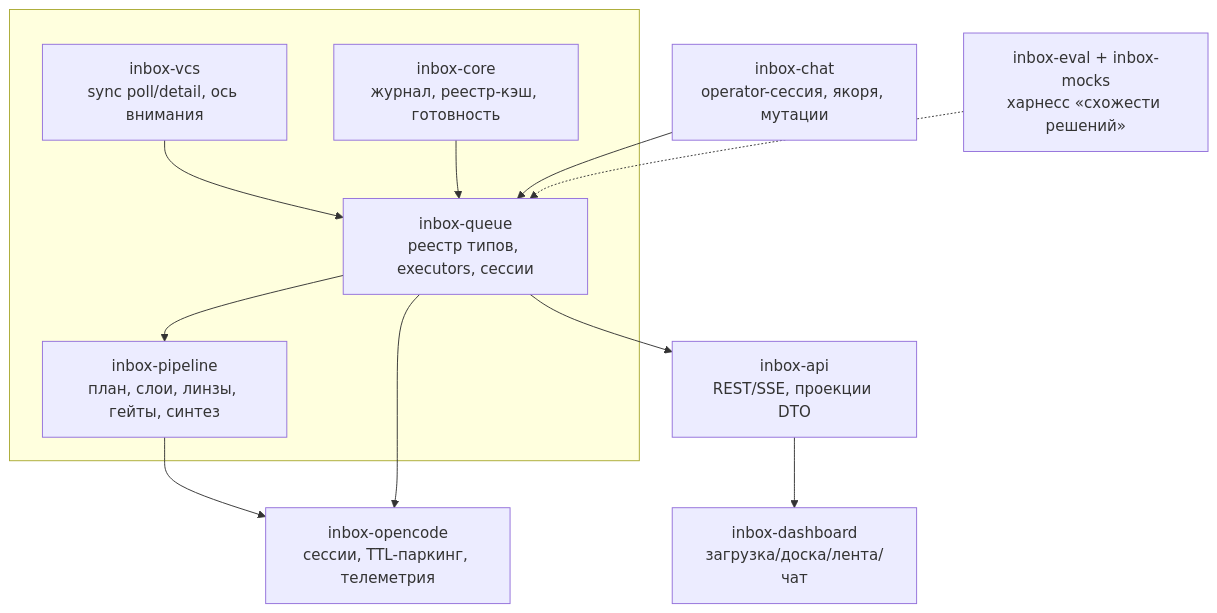
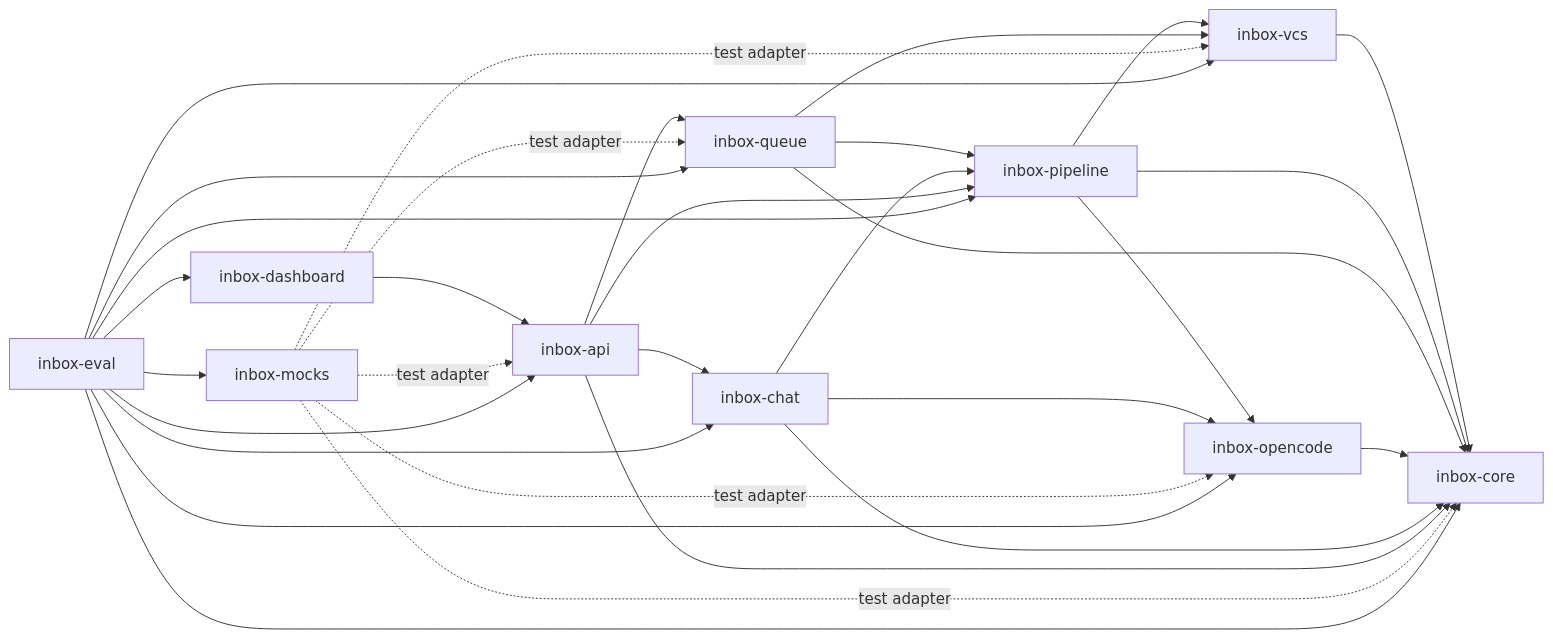
The second of 2 diagrams in specs/agent-inbox/agent-inbox.spec.md (RubaXa/gennady), drawn with Mermaid before and after one commit. The commit also changed other lines of this file and 27 other files, not shown here.

Commit message:
spec(agent-inbox): align reviewer assistant v0

````diff
--- a/specs/agent-inbox/agent-inbox.spec.md
+++ b/specs/agent-inbox/agent-inbox.spec.md
@@ -224,22 +531,33 @@
 ```mermaid
-flowchart TD
-  subgraph core[" "]
-    CORE[inbox-core<br/>журнал, реестр-кэш, готовность]
-    VCS[inbox-vcs<br/>sync poll/detail, ось внимания]
-    QUE[inbox-queue<br/>реестр типов, executors, сессии]
-    PIP[inbox-pipeline<br/>план, слои, линзы, гейты, синтез]
-  end
-  OC[inbox-opencode<br/>сессии, TTL-паркинг, телеметрия]
-  CHAT[inbox-chat<br/>operator-сессия, якоря, мутации]
-  API[inbox-api<br/>REST/SSE, проекции DTO]
-  UI[inbox-dashboard<br/>загрузка/доска/лента/чат]
-  EVAL[inbox-eval + inbox-mocks<br/>харнесс «схожести решений»]
-  VCS --> QUE --> PIP
-  CORE --> QUE
-  PIP --> OC
-  QUE --> OC
-  QUE --> API
-  CHAT --> QUE
-  API --> UI
-  EVAL -.-> QUE
+flowchart LR
+  VCS[inbox-vcs] --> Core[inbox-core]
+  Pipeline[inbox-pipeline] --> Core
+  Pipeline --> VCS
+  Pipeline --> Agent[inbox-opencode]
+  Queue[inbox-queue] --> Pipeline
+  Queue --> Core
+  Queue --> VCS
+  Agent --> Core
+  Chat[inbox-chat] --> Core
+  Chat --> Pipeline
+  Chat --> Agent
+  API[inbox-api] --> Core
+  API --> Pipeline
+  API --> Queue
+  API --> Chat
+  Dashboard[inbox-dashboard] --> API
+  Mocks[inbox-mocks] -. test adapter .-> Core
+  Mocks -. test adapter .-> VCS
+  Mocks -. test adapter .-> Agent
+  Mocks -. test adapter .-> Queue
+  Mocks -. test adapter .-> API
+  Eval[inbox-eval] --> API
+  Eval --> VCS
+  Eval --> Mocks
+  Eval --> Core
+  Eval --> Pipeline
+  Eval --> Queue
+  Eval --> Agent
+  Eval --> Chat
+  Eval --> Dashboard
 ```
````
